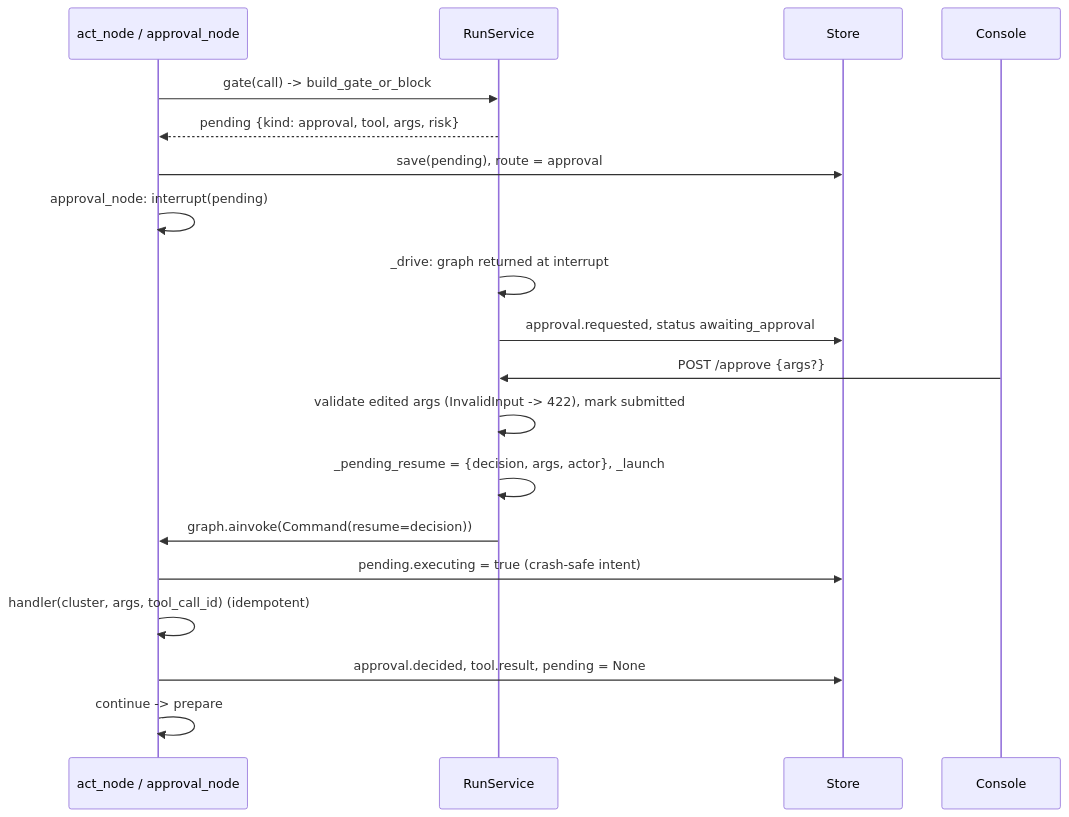
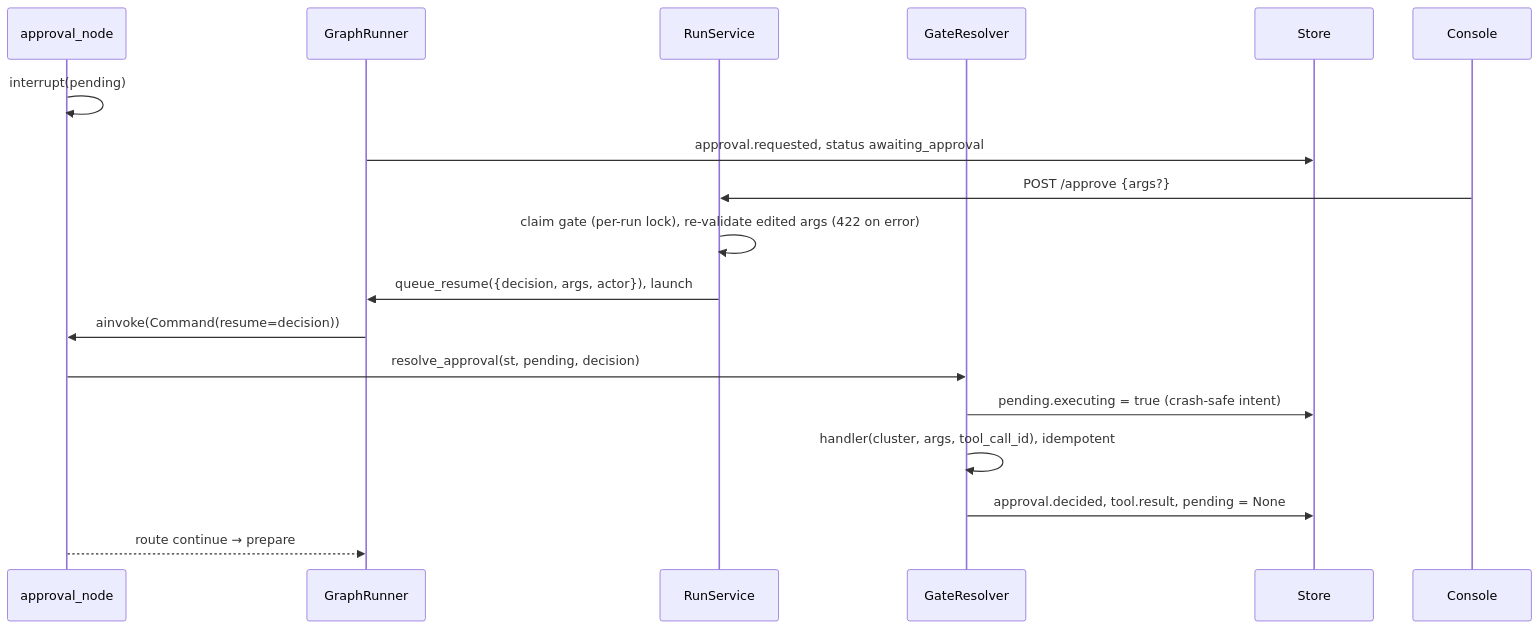
Before and after one commit to Zulfiqar7862/incident-triage-agent: the eighth of 9 diagrams in docs/LLD.md, drawn with Mermaid. The commit also changed other lines of this file and 17 other files, not shown here.

````diff
--- a/docs/LLD.md
+++ b/docs/LLD.md
@@ -279,21 +363,20 @@
 ```mermaid
 sequenceDiagram
-  participant G as act_node / approval_node
+  participant G as approval_node
+  participant GR as GraphRunner
   participant RS as RunService
+  participant GRes as GateResolver
   participant S as Store
   participant UI as Console
-  G->>RS: gate(call) -> build_gate_or_block
-  RS-->>G: pending {kind: approval, tool, args, risk}
-  G->>S: save(pending), route = approval
-  G->>G: approval_node: interrupt(pending)
-  RS->>RS: _drive: graph returned at interrupt
-  RS->>S: approval.requested, status awaiting_approval
+  G->>G: interrupt(pending)
+  GR->>S: approval.requested, status awaiting_approval
   UI->>RS: POST /approve {args?}
-  RS->>RS: validate edited args (InvalidInput -> 422), mark submitted
-  RS->>RS: _pending_resume = {decision, args, actor}, _launch
-  RS->>G: graph.ainvoke(Command(resume=decision))
-  G->>S: pending.executing = true (crash-safe intent)
-  G->>G: handler(cluster, args, tool_call_id) (idempotent)
-  G->>S: approval.decided, tool.result, pending = None
-  G->>G: continue -> prepare
+  RS->>RS: claim gate (per-run lock), re-validate edited args (422 on error)
+  RS->>GR: queue_resume({decision, args, actor}), launch
+  GR->>G: ainvoke(Command(resume=decision))
+  G->>GRes: resolve_approval(st, pending, decision)
+  GRes->>S: pending.executing = true (crash-safe intent)
+  GRes->>GRes: handler(cluster, args, tool_call_id), idempotent
+  GRes->>S: approval.decided, tool.result, pending = None
+  G-->>GR: route continue → prepare
 ```
````
